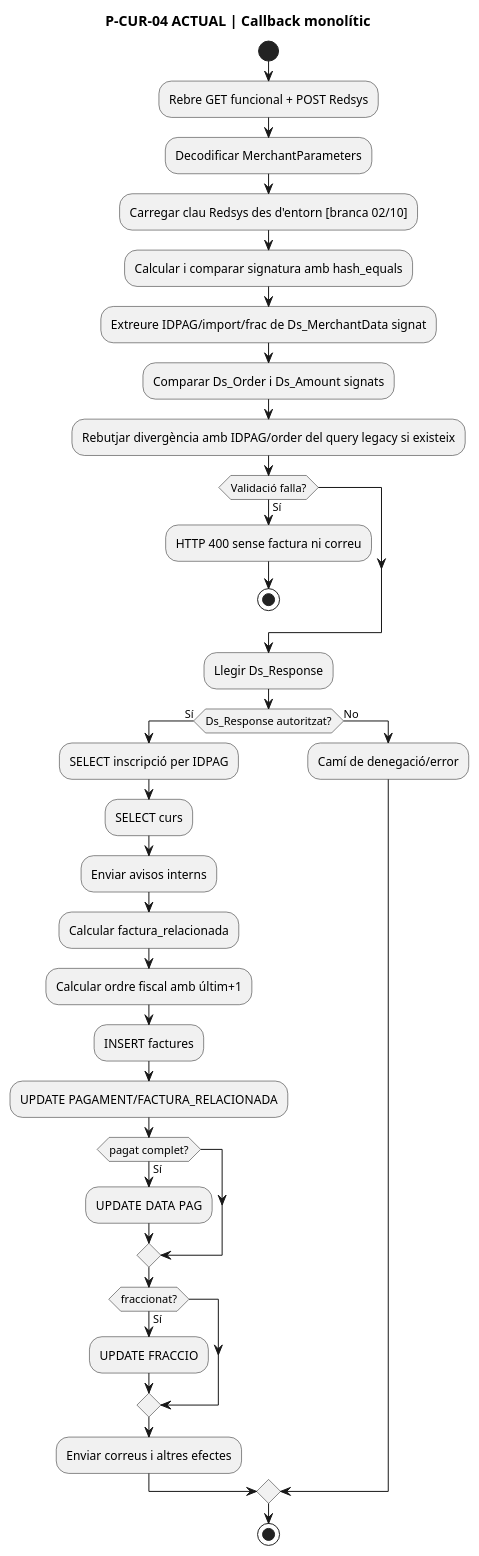
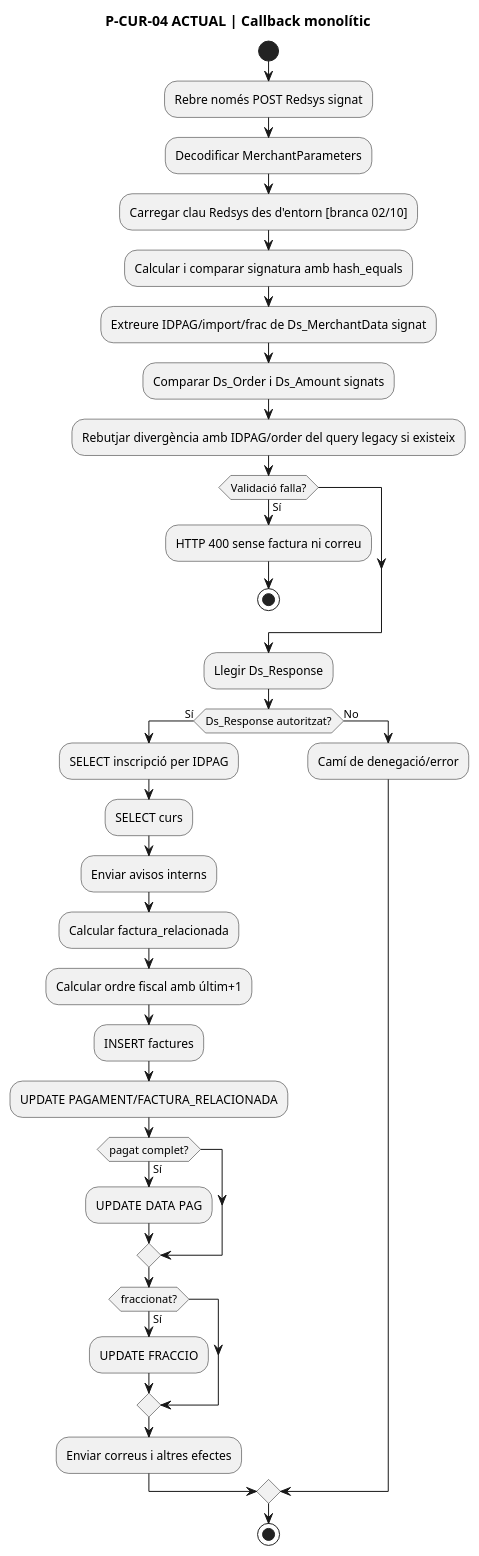
The seventh of 14 diagrams in documentacio/07-uml-integrat/uc-014-activitats-pagines-redsys-actual-final.md (orgmeriemprismacat-del/verifactu), drawn with PlantUML before and after one commit. The commit also changed other lines of this file, not shown here.

Commit message:
docs(UC-014): documentar context Redsys signat i MerchantURL neta

````diff
--- a/documentacio/07-uml-integrat/uc-014-activitats-pagines-redsys-actual-final.md
+++ b/documentacio/07-uml-integrat/uc-014-activitats-pagines-redsys-actual-final.md
@@ -186,37 +187,37 @@
 ```plantuml
 @startuml
 title P-CUR-04 ACTUAL | Callback monolític
 start
-:Rebre GET funcional + POST Redsys;
+:Rebre només POST Redsys signat;
 :Decodificar MerchantParameters;
 :Carregar clau Redsys des d'entorn [branca 02/10];
 :Calcular i comparar signatura amb hash_equals;
 :Extreure IDPAG/import/frac de Ds_MerchantData signat;
 :Comparar Ds_Order i Ds_Amount signats;
 :Rebutjar divergència amb IDPAG/order del query legacy si existeix;
 if (Validació falla?) then (Sí)
   :HTTP 400 sense factura ni correu;
   stop
 endif
 :Llegir Ds_Response;
 if (Ds_Response autoritzat?) then (Sí)
   :SELECT inscripció per IDPAG;
   :SELECT curs;
   :Enviar avisos interns;
   :Calcular factura_relacionada;
   :Calcular ordre fiscal amb últim+1;
   :INSERT factures;
   :UPDATE PAGAMENT/FACTURA_RELACIONADA;
   if (pagat complet?) then (Sí)
     :UPDATE DATA PAG;
   endif
   if (fraccionat?) then (Sí)
     :UPDATE FRACCIO;
   endif
   :Enviar correus i altres efectes;
 else (No)
   :Camí de denegació/error;
 endif
 stop
 @enduml
 ```
````
